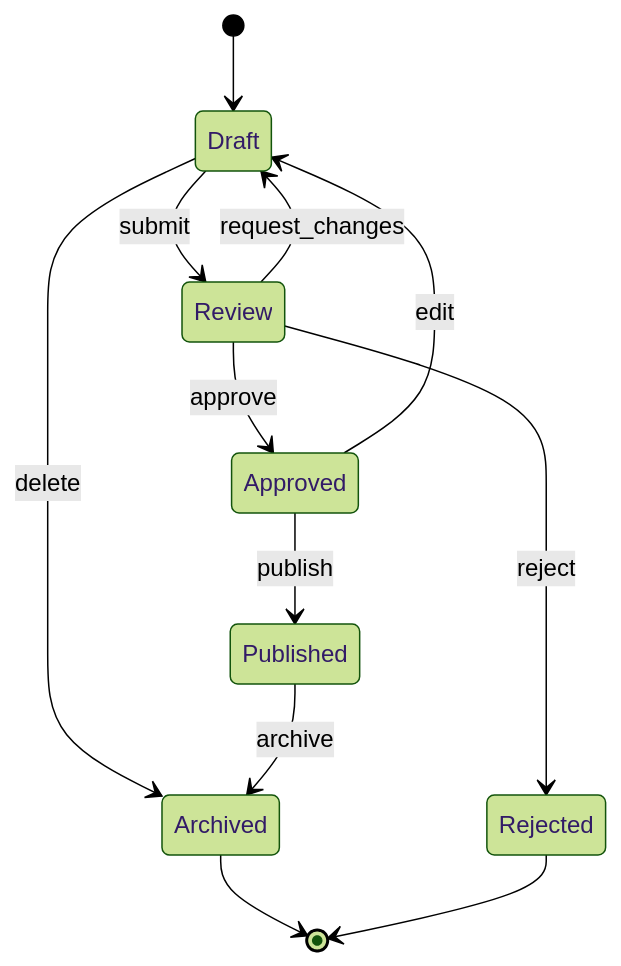
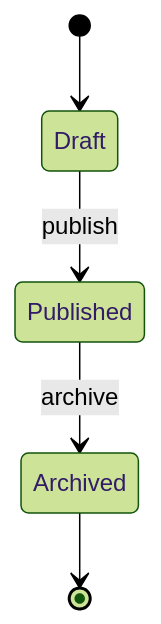
One commit to documentation-ai/DocumentationAI-Docs changed the third of 3 diagrams in components/mermaid.mdx. Above: the diagram before and after it, drawn with Mermaid (forest theme). The commit also changed other lines of this file, not shown here.

Commit message:
feat: add mermaid reference

````diff
--- a/components/mermaid.mdx
+++ b/components/mermaid.mdx
@@ -237,18 +76,7 @@
 ```mermaid
 stateDiagram-v2
     [*] --> Draft
-    
-    Draft --> Review : submit
-    Draft --> Archived : delete
-    
-    Review --> Approved : approve
-    Review --> Draft : request_changes
-    Review --> Rejected : reject
-    
-    Approved --> Published : publish
-    Approved --> Draft : edit
-    
+    Draft --> Published : publish
     Published --> Archived : archive
     Archived --> [*]
-    Rejected --> [*]
 ```
````
